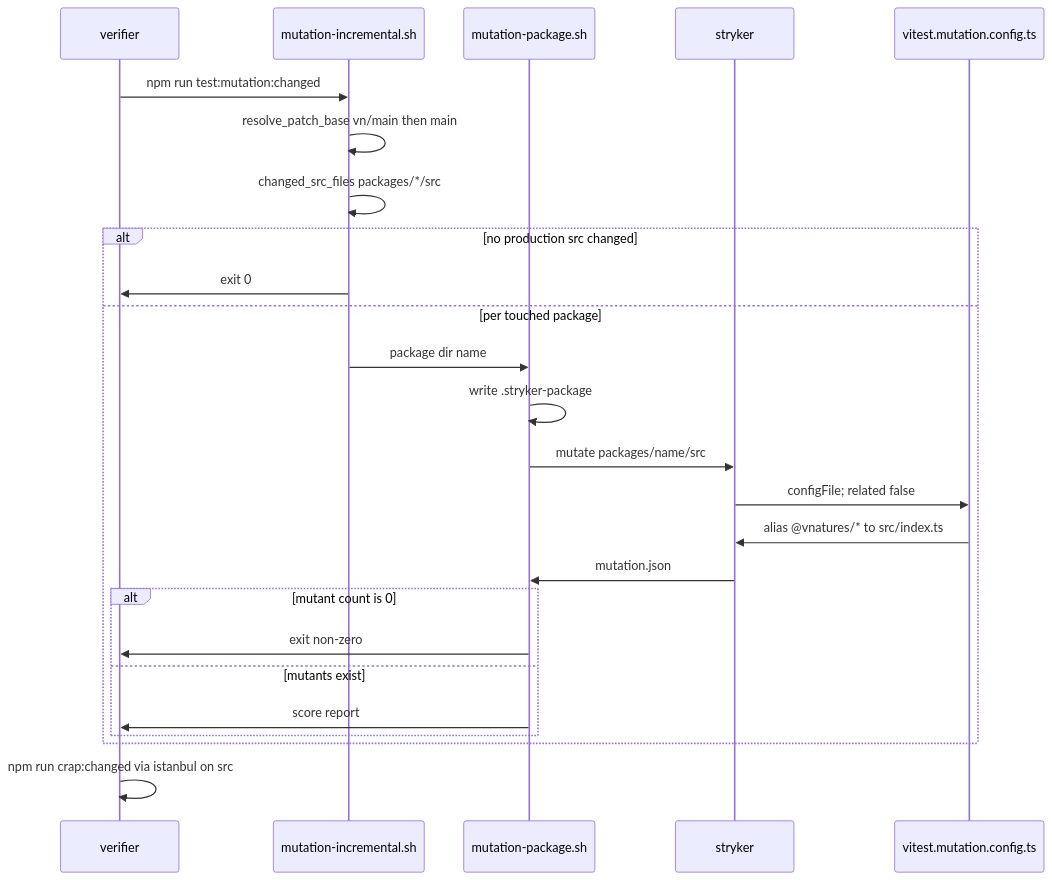
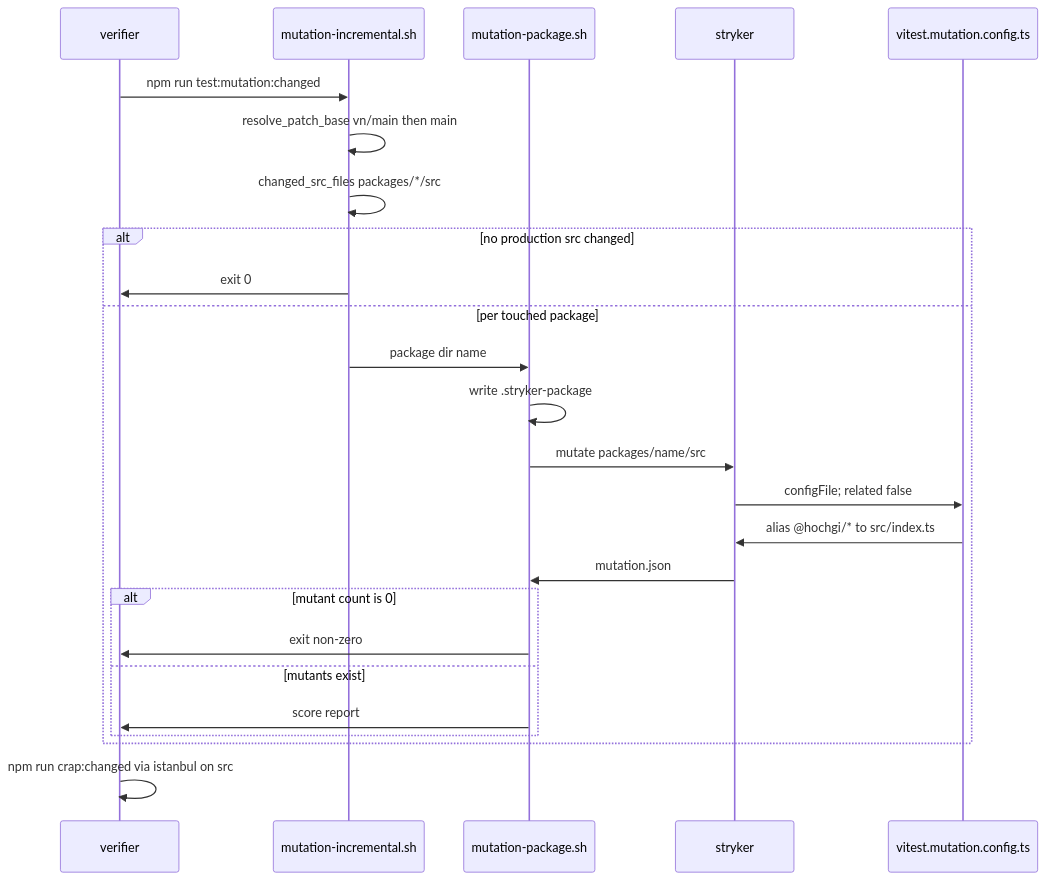
One commit to hochgi/test-kit changed the diagram in docs/internal/archive/2026-09-17-P12-mutation-and-crap/delta.md. Above: the diagram before and after it, drawn with Mermaid. The commit also changed other lines of this file and 236 other files, not shown here.

````diff
--- a/docs/internal/archive/2026-09-17-P12-mutation-and-crap/delta.md
+++ b/docs/internal/archive/2026-09-17-P12-mutation-and-crap/delta.md
@@ -408,27 +408,27 @@
 ```mermaid
 sequenceDiagram
   participant V as verifier
   participant Inc as mutation-incremental.sh
   participant Pkg as mutation-package.sh
   participant S as stryker
   participant M as vitest.mutation.config.ts
   V->>Inc: npm run test:mutation:changed
   Inc->>Inc: resolve_patch_base vn/main then main
   Inc->>Inc: changed_src_files packages/*/src
   alt no production src changed
     Inc->>V: exit 0
   else per touched package
     Inc->>Pkg: package dir name
     Pkg->>Pkg: write .stryker-package
     Pkg->>S: mutate packages/name/src
     S->>M: configFile#59; related false
-    M->>S: alias @vnatures/* to src/index.ts
+    M->>S: alias @hochgi/* to src/index.ts
     S->>Pkg: mutation.json
     alt mutant count is 0
       Pkg->>V: exit non-zero
     else mutants exist
       Pkg->>V: score report
     end
   end
   V->>V: npm run crap:changed via istanbul on src
 ```
````
